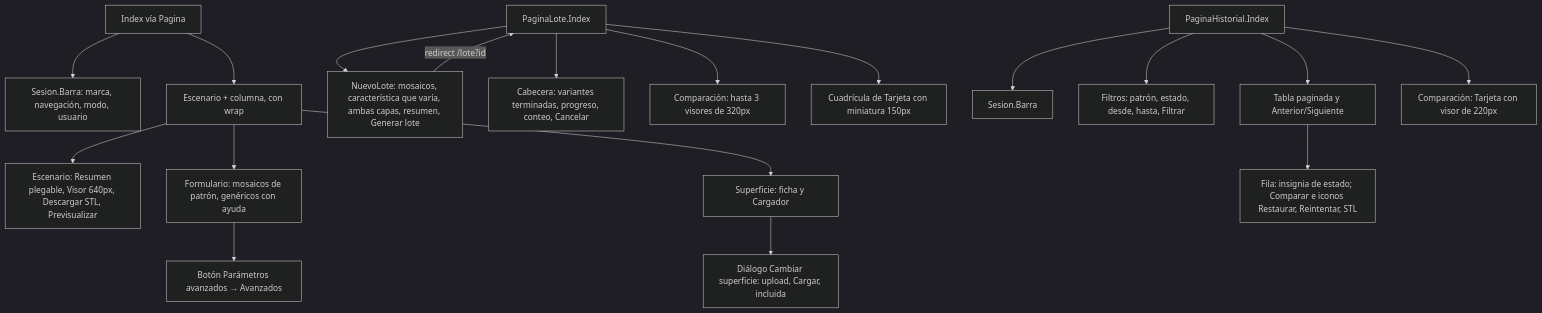
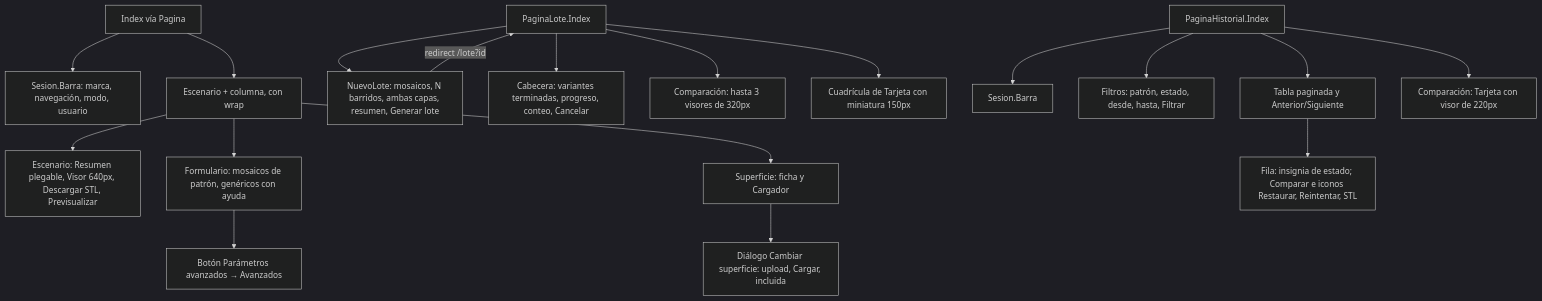
The second of 3 diagrams in docs/AppFrontend/ARQUITECTURA.md (MateoDG2006/OrtesisLab), drawn with Mermaid (dark theme) before and after one commit. The commit also changed other lines of this file and 219 other files, not shown here.

````diff
--- a/docs/AppFrontend/ARQUITECTURA.md
+++ b/docs/AppFrontend/ARQUITECTURA.md
@@ -33,20 +33,20 @@
 ```mermaid
 flowchart TB
   I[Index vía Pagina] --> SB[Sesion.Barra: marca, navegación, modo, usuario]
   I --> ROW[Escenario + columna, con wrap]
   ROW --> E[Escenario: Resumen plegable, Visor 640px, Descargar STL, Previsualizar]
   ROW --> F[Formulario: mosaicos de patrón, genéricos con ayuda]
   F --> AV[Botón Parámetros avanzados → Avanzados]
   ROW --> S[Superficie: ficha y Cargador]
   S --> D[Diálogo Cambiar superficie: upload, Cargar, incluida]
-  LI[PaginaLote.Index] --> NL[NuevoLote: mosaicos, característica que varía, ambas capas, resumen, Generar lote]
+  LI[PaginaLote.Index] --> NL[NuevoLote: mosaicos, N barridos, ambas capas, resumen, Generar lote]
   NL -->|redirect /lote?id| LI
   LI --> CAB[Cabecera: variantes terminadas, progreso, conteo, Cancelar]
   LI --> C[Comparación: hasta 3 visores de 320px]
   LI --> GR[Cuadrícula de Tarjeta con miniatura 150px]
   HI[PaginaHistorial.Index] --> SB2[Sesion.Barra]
   HI --> FI[Filtros: patrón, estado, desde, hasta, Filtrar]
   HI --> TA[Tabla paginada y Anterior/Siguiente]
   TA --> FL[Fila: insignia de estado; Comparar e iconos Restaurar, Reintentar, STL]
   HI --> CO[Comparación: Tarjeta con visor de 220px]
 ```
````
